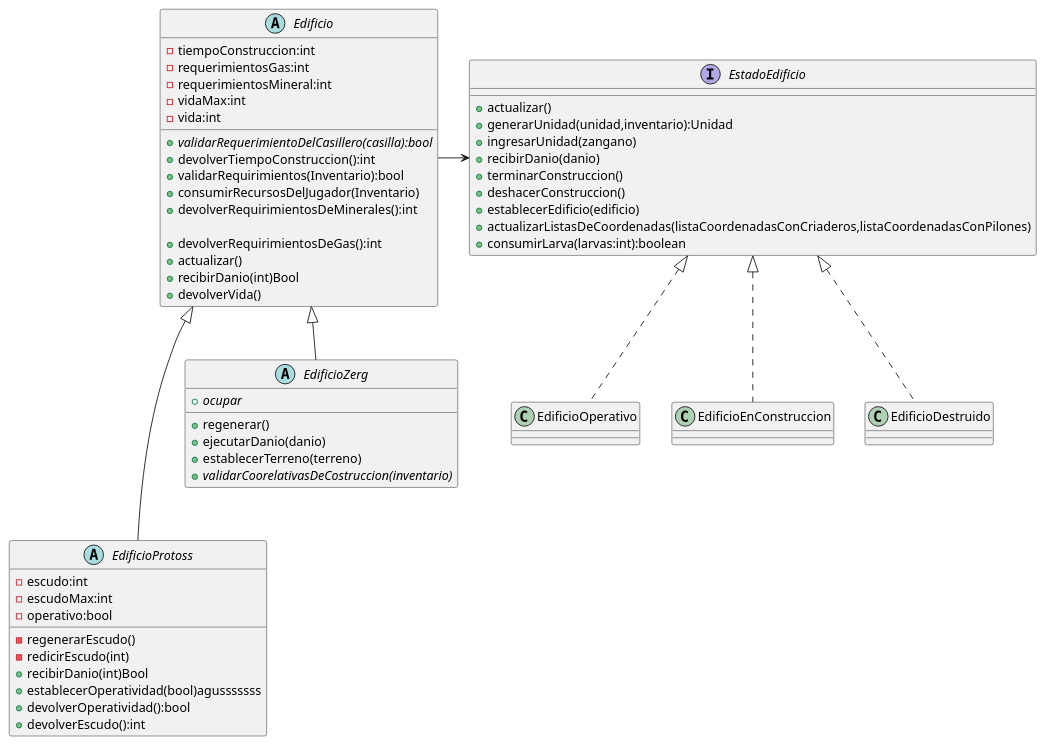
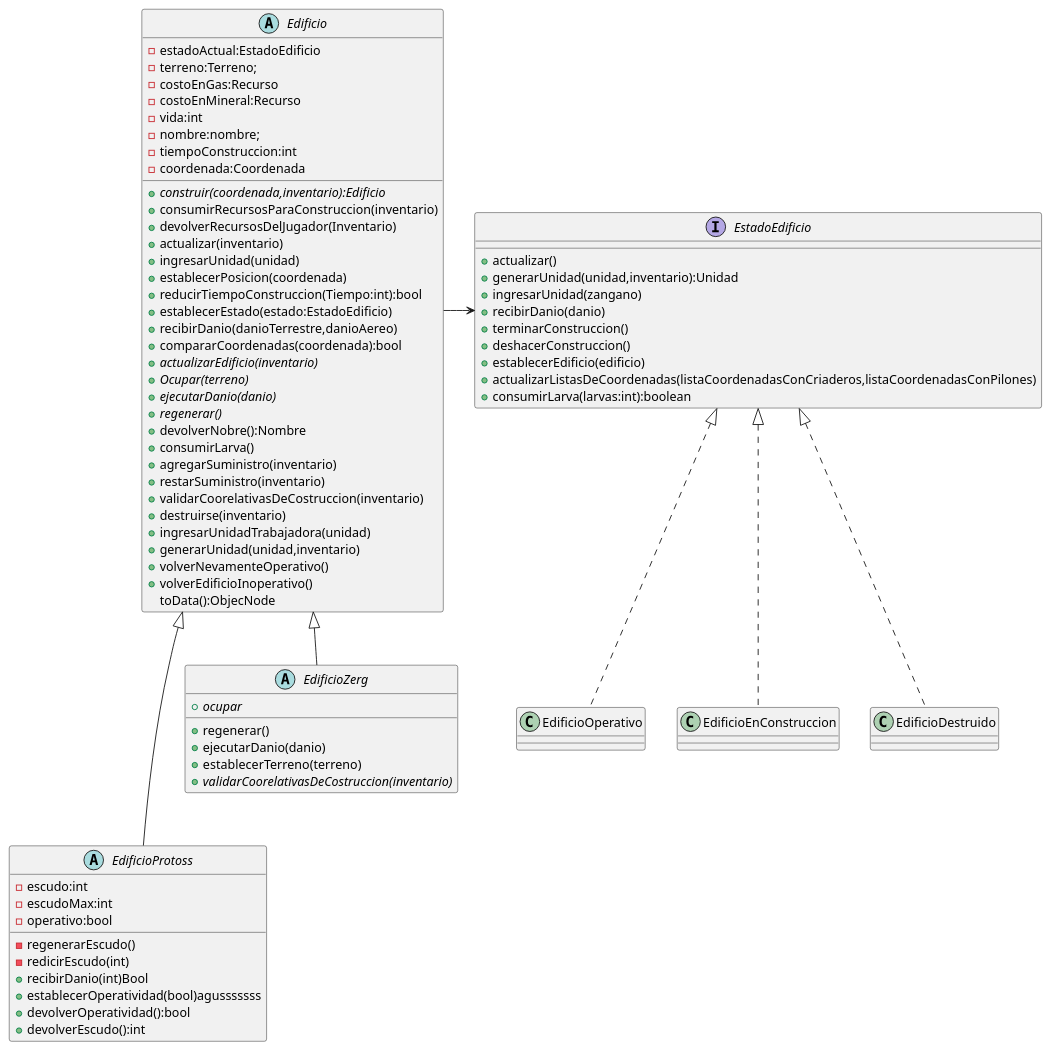
One commit to LucasMBarrientos/algo3_tp2 changed the diagram in diagrams/Modelo/class/clase_edificio.puml. Above: the diagram before and after it, drawn with PlantUML. The commit also changed 4 other files, not shown here.

```diff
--- a/diagrams/Modelo/class/clase_edificio.puml
+++ b/diagrams/Modelo/class/clase_edificio.puml
@@ -1,60 +1,79 @@
 @startuml
 abstract Edificio{
+-estadoActual:EstadoEdificio
+-terreno:Terreno;
+-costoEnGas:Recurso
+-costoEnMineral:Recurso
+-vida:int
+-nombre:nombre;
 -tiempoConstruccion:int
--requerimientosGas:int
--requerimientosMineral:int
--vidaMax:int
--vida:int
-+{abstract}validarRequerimientoDelCasillero(casilla):bool
-+devolverTiempoConstruccion():int
-+validarRequirimientos(Inventario):bool
-+consumirRecursosDelJugador(Inventario)
-+devolverRequirimientosDeMinerales():int
+-coordenada:Coordenada
 
-+devolverRequirimientosDeGas():int
-+actualizar()
-+recibirDanio(int)Bool
-+devolverVida()
++{abstract}construir(coordenada,inventario):Edificio
++consumirRecursosParaConstruccion(inventario)
++devolverRecursosDelJugador(Inventario)
++actualizar(inventario)
++ingresarUnidad(unidad)
++establecerPosicion(coordenada)
++reducirTiempoConstruccion(Tiempo:int):bool
++establecerEstado(estado:EstadoEdificio)
++recibirDanio(danioTerrestre,danioAereo)
++compararCoordenadas(coordenada):bool
++{abstract}actualizarEdificio(inventario)
++{abstract}Ocupar(terreno)
++{abstract}ejecutarDanio(danio)
++{abstract}regenerar()
++devolverNobre():Nombre
++consumirLarva()
++agregarSuministro(inventario)
++restarSuministro(inventario)
++validarCoorelativasDeCostruccion(inventario)
++destruirse(inventario)
++ingresarUnidadTrabajadora(unidad)
++generarUnidad(unidad,inventario)
++volverNevamenteOperativo()
++volverEdificioInoperativo()
+toData():ObjecNode
 }
 
 
 interface EstadoEdificio{
  +actualizar()
 +generarUnidad(unidad,inventario):Unidad
 +ingresarUnidad(zangano)
 +recibirDanio(danio)
 +terminarConstruccion()
 +deshacerConstruccion()
 +establecerEdificio(edificio)
 +actualizarListasDeCoordenadas(listaCoordenadasConCriaderos,listaCoordenadasConPilones)
 +consumirLarva(larvas:int):boolean
 }
 
 
 abstract EdificioProtoss{
 -escudo:int
 -escudoMax:int
 -operativo:bool
 -regenerarEscudo()
 -redicirEscudo(int)
 +recibirDanio(int)Bool
 +establecerOperatividad(bool)agusssssss
 +devolverOperatividad():bool
 +devolverEscudo():int
 }
 
 
 abstract EdificioZerg{
 +regenerar()
 +ejecutarDanio(danio)
 +establecerTerreno(terreno)
 {abstract}+ocupar
 {abstract}+validarCoorelativasDeCostruccion(inventario)
 }
 Edificio-> EstadoEdificio
 EstadoEdificio <|..EdificioOperativo
 EstadoEdificio <|..EdificioEnConstruccion
 EstadoEdificio <|..EdificioDestruido
 Edificio <|--- EdificioProtoss
 Edificio <|-- EdificioZerg
 @enduml
```
